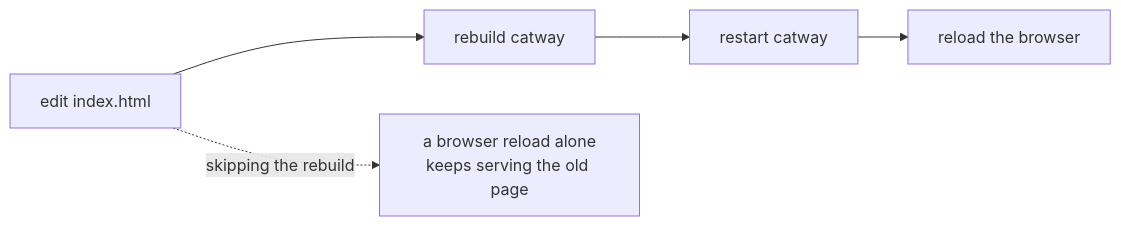
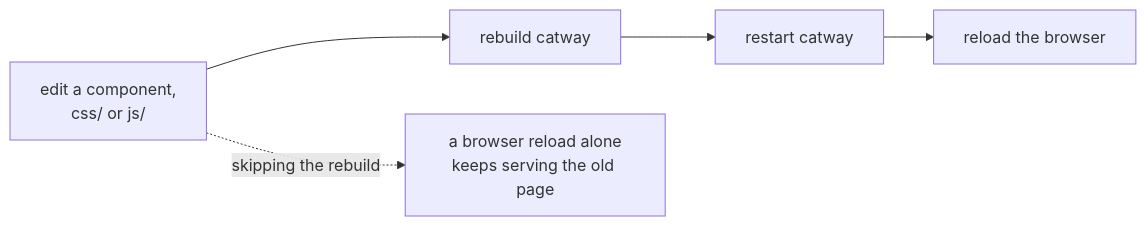
Before and after one commit to rohanthewiz/cats: the fifth of 5 diagrams in docs/reference/build-and-packaging.md, drawn with Mermaid. The commit also changed other lines of this file and 92 other files, not shown here.

First line of the commit message:
web: index.html becomes a package — element components, css/ and js/

````diff
--- a/docs/reference/build-and-packaging.md
+++ b/docs/reference/build-and-packaging.md
@@ -221,11 +223,11 @@
 ```mermaid
 flowchart LR
-  E["edit index.html"]
+  E["edit a component,<br/>css/ or js/"]
   B["rebuild catway"]
   R["restart catway"]
   L["reload the browser"]
   X["a browser reload alone<br/>keeps serving the old page"]
 
   E --> B --> R --> L
   E -.->|"skipping the rebuild"| X
 ```
````
